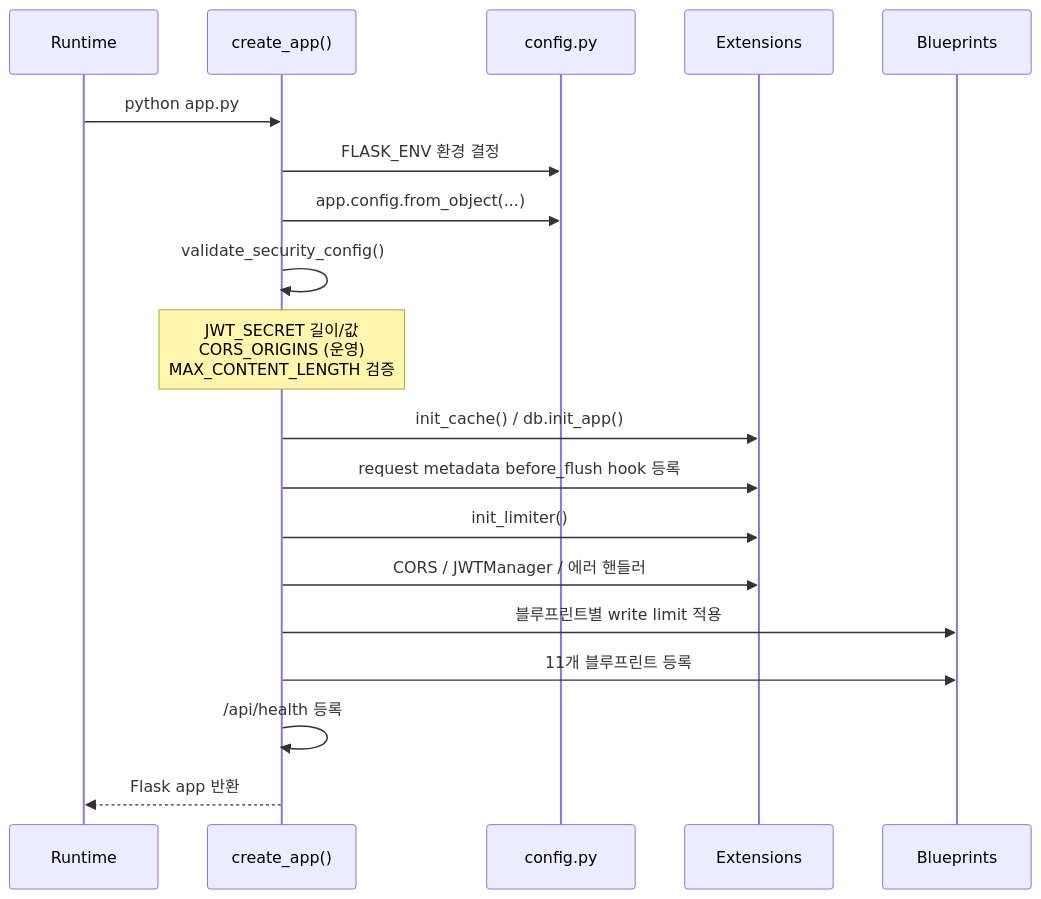
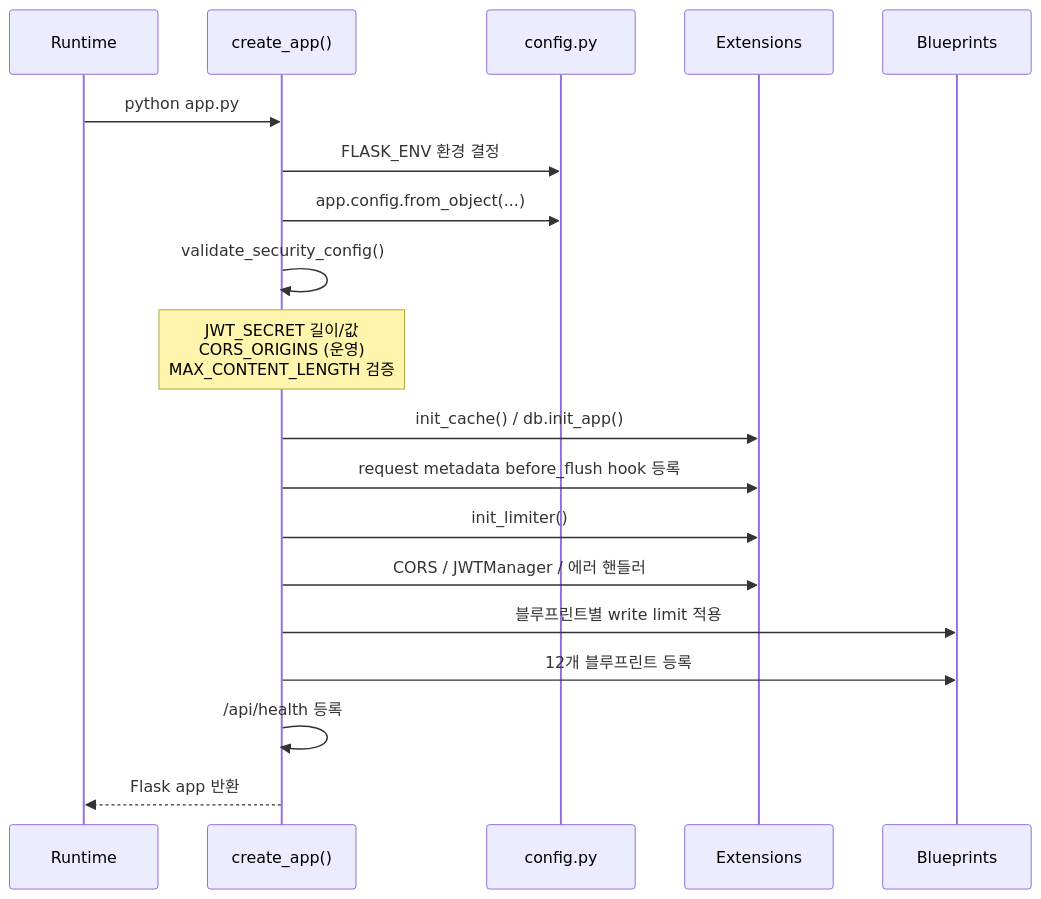
Before and after one commit to hanjm-github/beomseo.in: the second of 3 diagrams in backend/README.md, drawn with Mermaid. The commit also changed other lines of this file and 17 other files, not shown here.

````diff
--- a/backend/README.md
+++ b/backend/README.md
@@ -118,22 +118,22 @@
 ```mermaid
 sequenceDiagram
     participant R as Runtime
     participant A as create_app()
     participant C as config.py
     participant E as Extensions
     participant B as Blueprints
 
     R->>A: python app.py
     A->>C: FLASK_ENV 환경 결정
     A->>C: app.config.from_object(...)
     A->>A: validate_security_config()
     Note over A: JWT_SECRET 길이/값<br/>CORS_ORIGINS (운영)<br/>MAX_CONTENT_LENGTH 검증
     A->>E: init_cache() / db.init_app()
     A->>E: request metadata before_flush hook 등록
     A->>E: init_limiter()
     A->>E: CORS / JWTManager / 에러 핸들러
     A->>B: 블루프린트별 write limit 적용
-    A->>B: 11개 블루프린트 등록
+    A->>B: 12개 블루프린트 등록
     A->>A: /api/health 등록
     A-->>R: Flask app 반환
 ```
````
